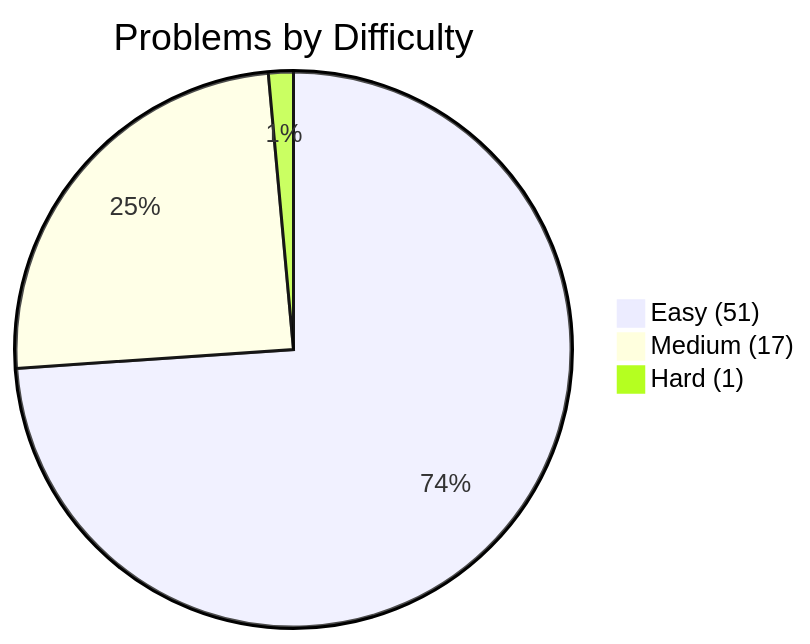
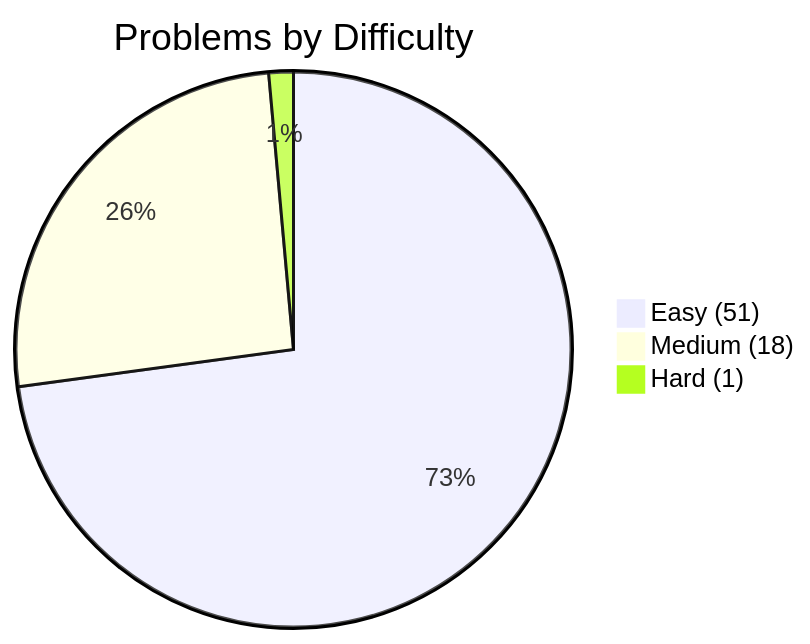
Before and after one commit to kanishk-procoder/leetcode-grind: the first of 2 diagrams in PROGRESS.md, drawn with Mermaid. The commit also changed other lines of this file and 4 other files, not shown here.

````diff
--- a/PROGRESS.md
+++ b/PROGRESS.md
@@ -5,6 +5,6 @@
 ```mermaid
 pie title Problems by Difficulty
     "Easy (51)" : 51
-    "Medium (17)" : 17
+    "Medium (18)" : 18
     "Hard (1)" : 1
 ```
````
